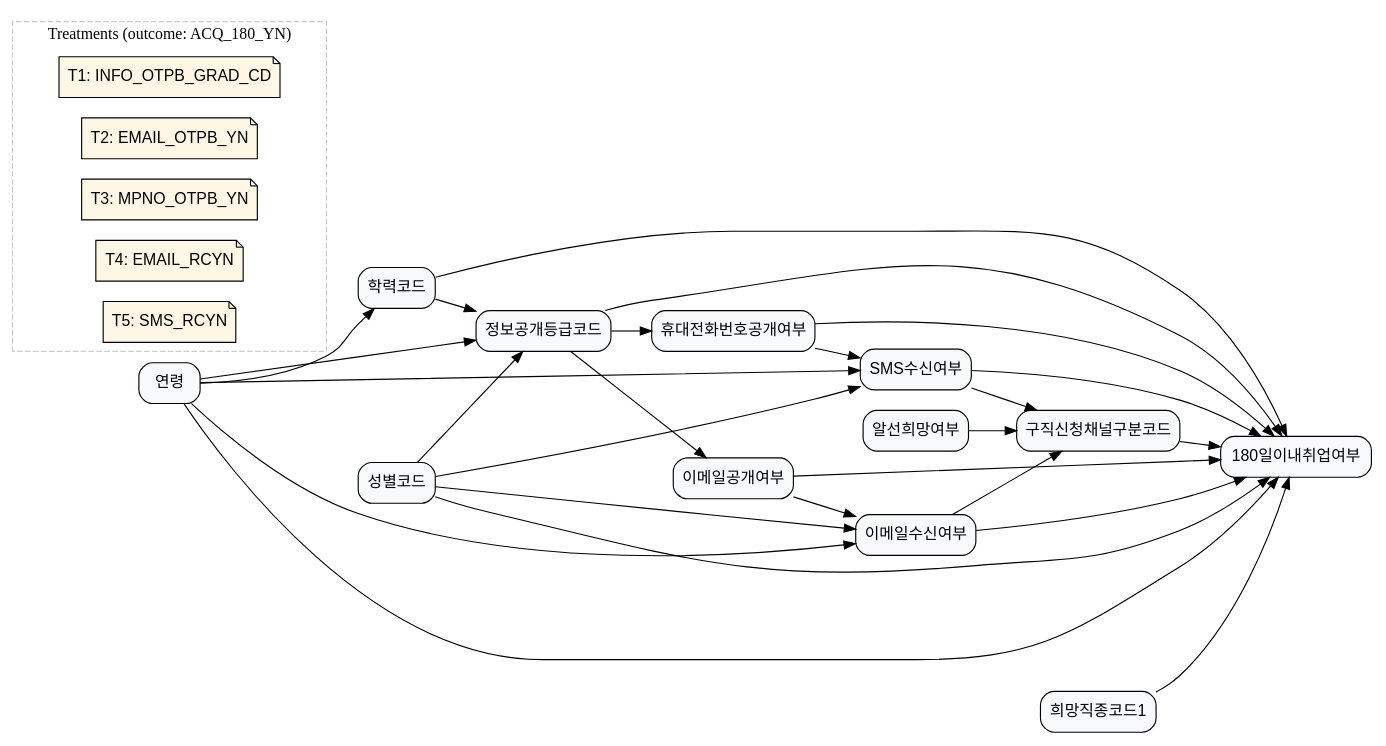
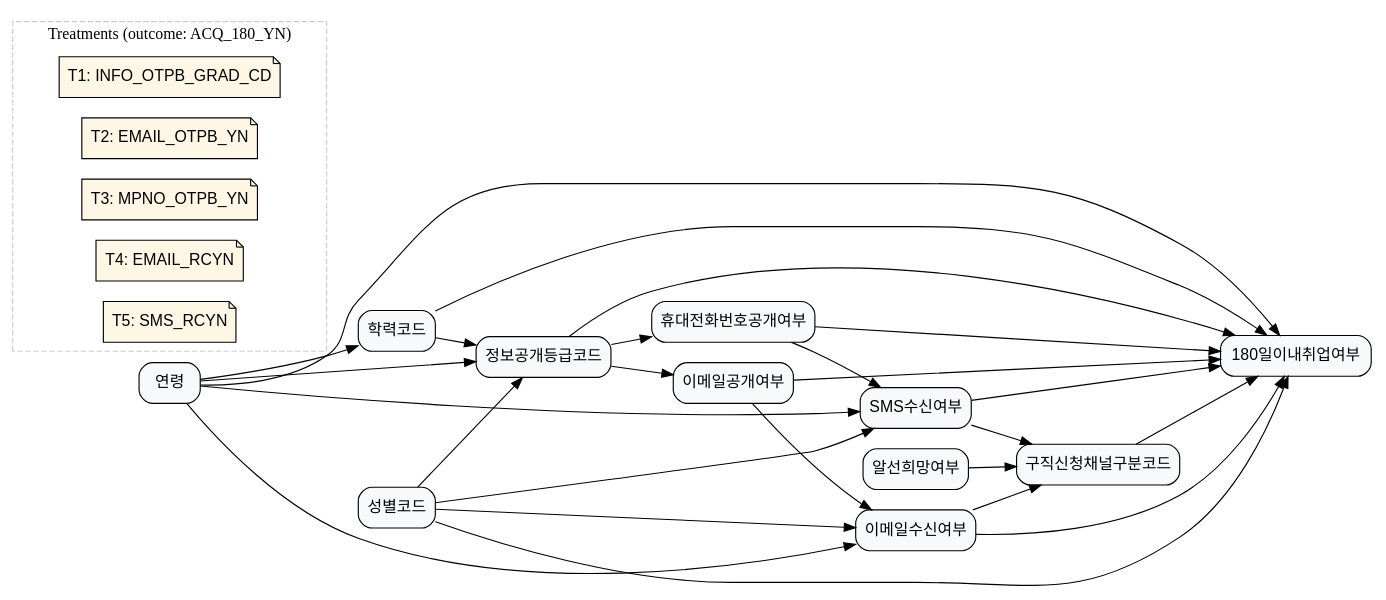
Before and after one commit to KU-LIM-Lab/dowhy-deep: the diagram in laborlab_2/data/graph_data/graph_19.dot, drawn with Graphviz. The commit also changed 12 other files, not shown here.

Commit message:
graphs updated

```diff
--- a/laborlab_2/data/graph_data/graph_19.dot
+++ b/laborlab_2/data/graph_data/graph_19.dot
@@ -1,97 +1,95 @@
 digraph {
     rankdir=LR;
     node [shape=box, style="rounded,filled", fillcolor="#F8F9FB", fontname="Helvetica"];
 
     ACCR_CD [label="학력코드"];
     ACQ_180_YN [label="180일이내취업여부"];
     AGE [label="연령"];
     EMAIL_OTPB_YN [label="이메일공개여부"];
     EMAIL_RCYN [label="이메일수신여부"];
-    HOPE_JSCD1 [label="희망직종코드1"];
     INFO_OTPB_GRAD_CD [label="정보공개등급코드"];
     JHNT_RQUT_CHNL_SECD [label="구직신청채널구분코드"];
     MDTN_HOPE_YN [label="알선희망여부"];
     MPNO_OTPB_YN [label="휴대전화번호공개여부"];
     SMS_RCYN [label="SMS수신여부"];
     SXDS_CD [label="성별코드"];
 
     AGE -> ACCR_CD;
     AGE -> INFO_OTPB_GRAD_CD;
     AGE -> EMAIL_RCYN;
     AGE -> SMS_RCYN;
     SXDS_CD -> INFO_OTPB_GRAD_CD;
     SXDS_CD -> EMAIL_RCYN;
     SXDS_CD -> SMS_RCYN;
     ACCR_CD -> INFO_OTPB_GRAD_CD;
     INFO_OTPB_GRAD_CD -> EMAIL_OTPB_YN;
     INFO_OTPB_GRAD_CD -> MPNO_OTPB_YN;
     EMAIL_OTPB_YN -> EMAIL_RCYN;
     MPNO_OTPB_YN -> SMS_RCYN;
     EMAIL_RCYN -> JHNT_RQUT_CHNL_SECD;
     SMS_RCYN -> JHNT_RQUT_CHNL_SECD;
     MDTN_HOPE_YN -> JHNT_RQUT_CHNL_SECD;
     JHNT_RQUT_CHNL_SECD -> ACQ_180_YN;
     INFO_OTPB_GRAD_CD -> ACQ_180_YN;
     EMAIL_OTPB_YN -> ACQ_180_YN;
     MPNO_OTPB_YN -> ACQ_180_YN;
     EMAIL_RCYN -> ACQ_180_YN;
     SMS_RCYN -> ACQ_180_YN;
-    HOPE_JSCD1 -> ACQ_180_YN;
     AGE -> ACQ_180_YN;
     ACCR_CD -> ACQ_180_YN;
     SXDS_CD -> ACQ_180_YN;
 
     // Treatments
     subgraph cluster_treatments {
         label="Treatments (outcome: ACQ_180_YN)";
         style=dashed;
         color="#CCCCCC";
         node [shape=note, style="rounded,filled", fillcolor="#FFF7E6", fontname="Helvetica"];
 
         T1 [
             label="T1: INFO_OTPB_GRAD_CD",
             role="treatment_meta",
             treatment_var="INFO_OTPB_GRAD_CD",
             treatment_name="INFO_OTPB_GRAD_CD",
             treatment_def="정보공개등급코드(INFO_OTPB_GRAD_CD) 수준 차이가 ACQ_180_YN(180일이내취업여부)에 미치는 인과효과",
             treatment_question="정보공개등급코드(INFO_OTPB_GRAD_CD) 수준이 다른 구직자들의 6개월 내 취업 확률은 얼마나 다른가?"
         ];
 
         T2 [
             label="T2: EMAIL_OTPB_YN",
             role="treatment_meta",
             treatment_var="EMAIL_OTPB_YN",
             treatment_name="EMAIL_OTPB_YN",
             treatment_def="이메일공개여부(EMAIL_OTPB_YN) 수준 차이가 ACQ_180_YN(180일이내취업여부)에 미치는 인과효과",
             treatment_question="이메일공개여부(EMAIL_OTPB_YN) 수준이 다른 구직자들의 6개월 내 취업 확률은 얼마나 다른가?"
         ];
 
         T3 [
             label="T3: MPNO_OTPB_YN",
             role="treatment_meta",
             treatment_var="MPNO_OTPB_YN",
             treatment_name="MPNO_OTPB_YN",
             treatment_def="휴대전화번호공개여부(MPNO_OTPB_YN) 수준 차이가 ACQ_180_YN(180일이내취업여부)에 미치는 인과효과",
             treatment_question="휴대전화번호공개여부(MPNO_OTPB_YN) 수준이 다른 구직자들의 6개월 내 취업 확률은 얼마나 다른가?"
         ];
 
         T4 [
             label="T4: EMAIL_RCYN",
             role="treatment_meta",
             treatment_var="EMAIL_RCYN",
             treatment_name="EMAIL_RCYN",
             treatment_def="이메일수신여부(EMAIL_RCYN) 수준 차이가 ACQ_180_YN(180일이내취업여부)에 미치는 인과효과",
             treatment_question="이메일수신여부(EMAIL_RCYN) 수준이 다른 구직자들의 6개월 내 취업 확률은 얼마나 다른가?"
         ];
 
         T5 [
             label="T5: SMS_RCYN",
             role="treatment_meta",
             treatment_var="SMS_RCYN",
             treatment_name="SMS_RCYN",
             treatment_def="SMS수신여부(SMS_RCYN) 수준 차이가 ACQ_180_YN(180일이내취업여부)에 미치는 인과효과",
             treatment_question="SMS수신여부(SMS_RCYN) 수준이 다른 구직자들의 6개월 내 취업 확률은 얼마나 다른가?"
         ];
 
     }
 }
```
